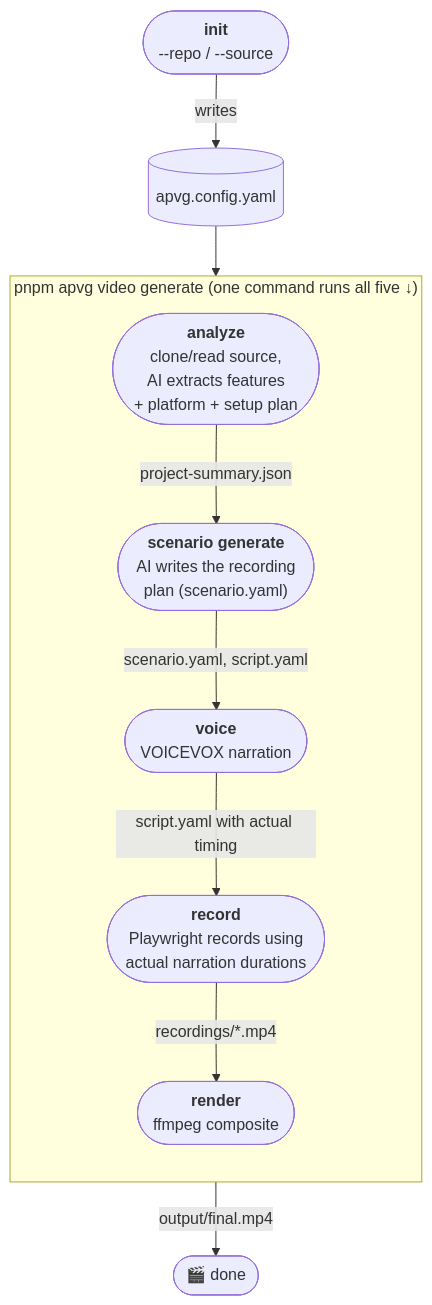
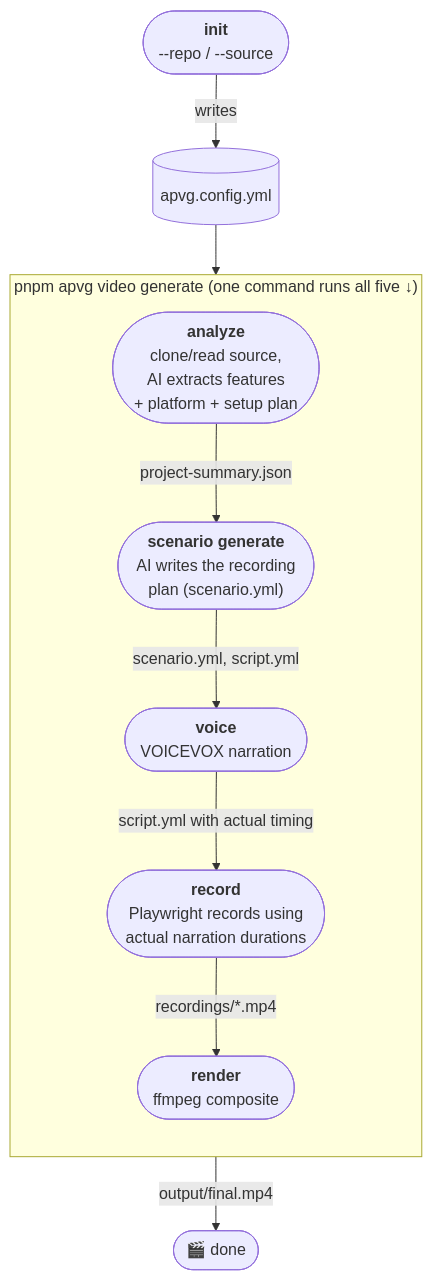
One commit to TakuKobayashi/auto-product-video-generator changed the diagram in README.md. Above: the diagram before and after it, drawn with Mermaid. The commit also changed other lines of this file and 33 other files, not shown here.

````diff
--- a/README.md
+++ b/README.md
@@ -121,20 +123,20 @@
 ```mermaid
 flowchart TD
-    init(["<b>init</b><br/>--repo / --source"]) -->|writes| cfg[(apvg.config.yaml)]
+    init(["<b>init</b><br/>--repo / --source"]) -->|writes| cfg[(apvg.config.yml)]
 
     subgraph build["pnpm apvg video generate  (one command runs all five ↓)"]
         direction TB
         analyze(["<b>analyze</b><br/>clone/read source,<br/>AI extracts features<br/>+ platform + setup plan"])
-        scenario(["<b>scenario generate</b><br/>AI writes the recording<br/>plan (scenario.yaml)"])
+        scenario(["<b>scenario generate</b><br/>AI writes the recording<br/>plan (scenario.yml)"])
         voice(["<b>voice</b><br/>VOICEVOX narration"])
         record(["<b>record</b><br/>Playwright records using<br/>actual narration durations"])
         render(["<b>render</b><br/>ffmpeg composite"])
         analyze -->|project-summary.json| scenario
-        scenario -->|scenario.yaml, script.yaml| voice
-        voice -->|script.yaml with actual timing| record
+        scenario -->|scenario.yml, script.yml| voice
+        voice -->|script.yml with actual timing| record
         record -->|recordings/*.mp4| render
     end
 
     cfg --> analyze
     render -->|output/final.mp4| done(["🎬 done"])
 ```
````
